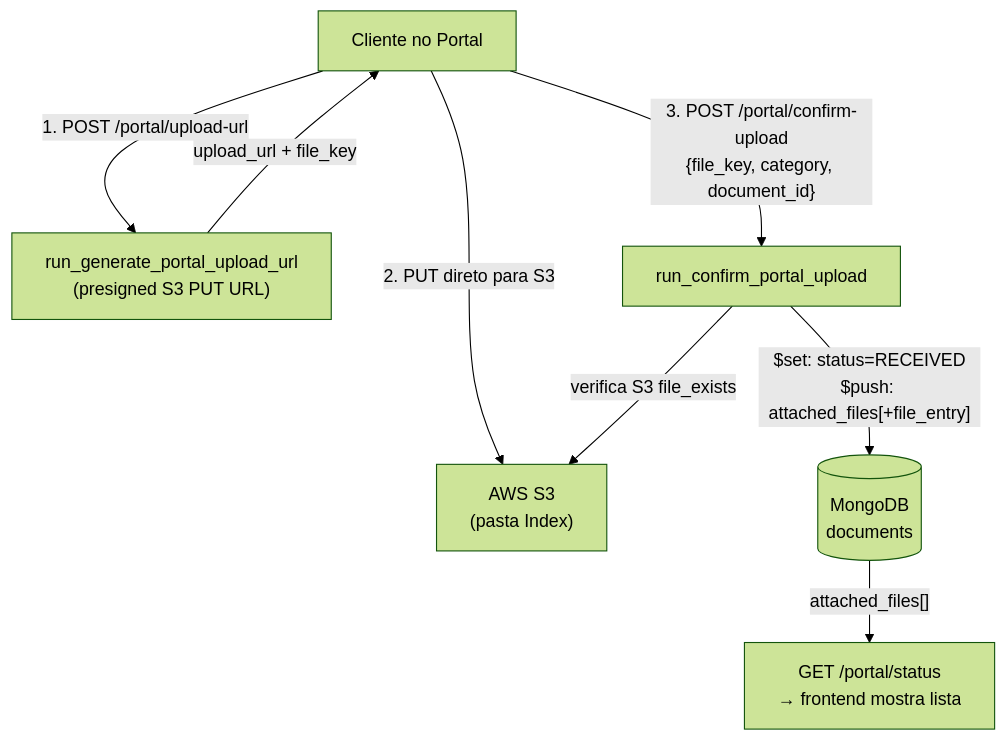
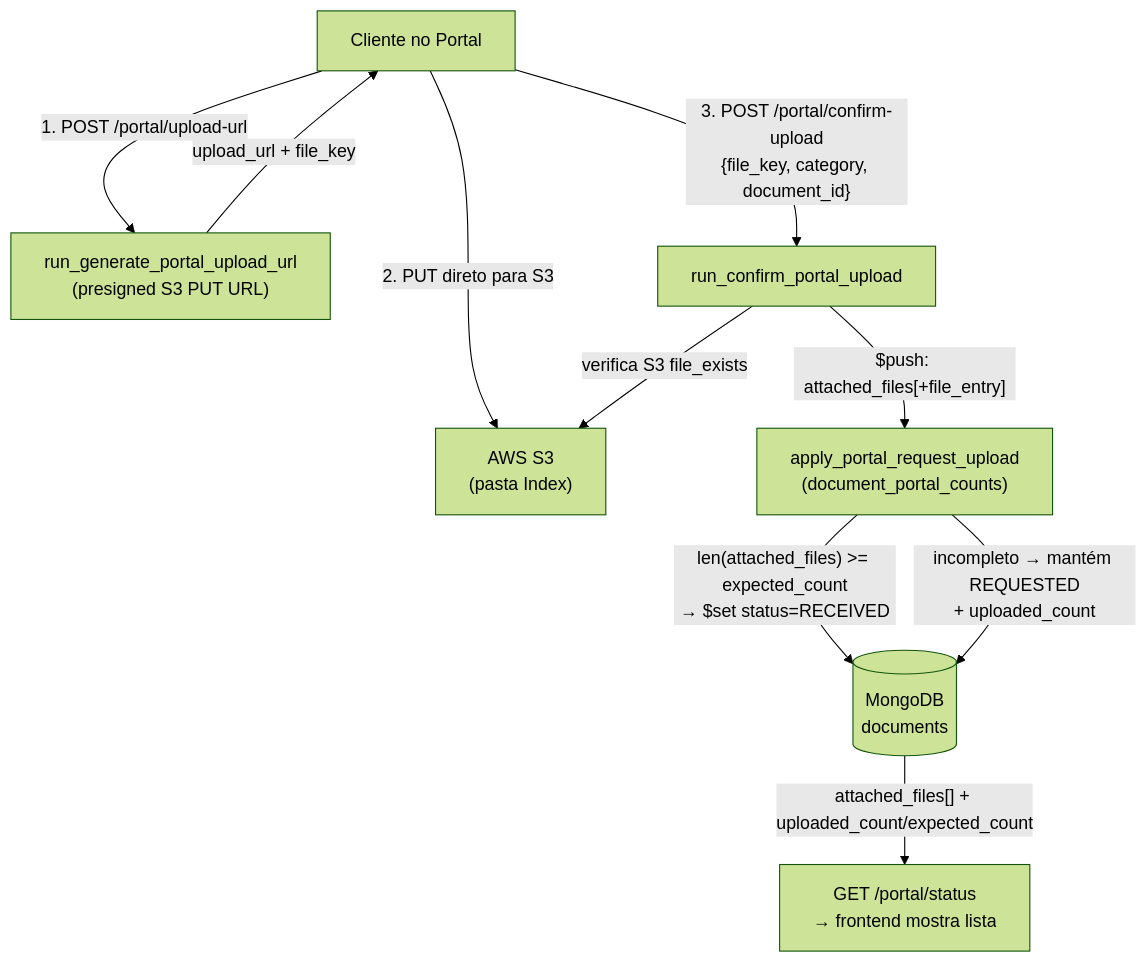
One commit to PowerPrecision/PowerCell changed diagram 23 of 30 in ARCHITECTURE.md. Above: the diagram before and after it, drawn with Mermaid (forest theme). The commit also changed other lines of this file and 21 other files, not shown here.

Commit message:
Fix: Resolve business logic (welcome email, targeted notifications, portal document counts, dynamic workflow states, and doc visibility)

````diff
--- a/ARCHITECTURE.md
+++ b/ARCHITECTURE.md
@@ -1461,10 +1461,12 @@
 ```mermaid
 flowchart TD
     Client["Cliente no Portal"] -->|"1. POST /portal/upload-url"| Backend1["run_generate_portal_upload_url<br/>(presigned S3 PUT URL)"]
     Backend1 -->|"upload_url + file_key"| Client
     Client -->|"2. PUT direto para S3"| S3["AWS S3<br/>(pasta Index)"]
     Client -->|"3. POST /portal/confirm-upload<br/>{file_key, category, document_id}"| Backend2["run_confirm_portal_upload"]
     Backend2 -->|"verifica S3 file_exists"| S3
-    Backend2 -->|"$set: status=RECEIVED<br/>$push: attached_files[+file_entry]"| DB[(MongoDB<br/>documents)]
-    DB -->|"attached_files[]"| PortalStatus["GET /portal/status<br/>→ frontend mostra lista"]
+    Backend2 -->|"$push: attached_files[+file_entry]"| Counts["apply_portal_request_upload<br/>(document_portal_counts)"]
+    Counts -->|"len(attached_files) >= expected_count<br/>→ $set status=RECEIVED"| DB[(MongoDB<br/>documents)]
+    Counts -->|"incompleto → mantém REQUESTED<br/>+ uploaded_count"| DB
+    DB -->|"attached_files[] + uploaded_count/expected_count"| PortalStatus["GET /portal/status<br/>→ frontend mostra lista"]
 ```
````
